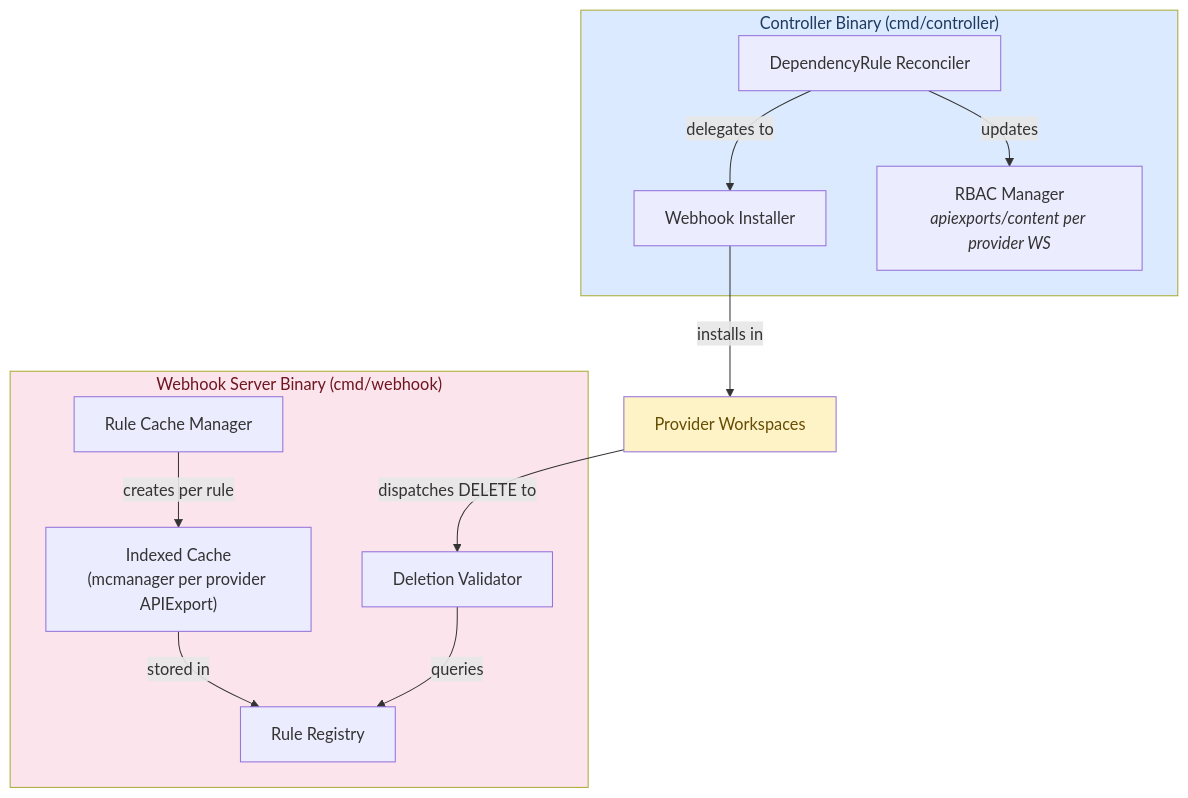
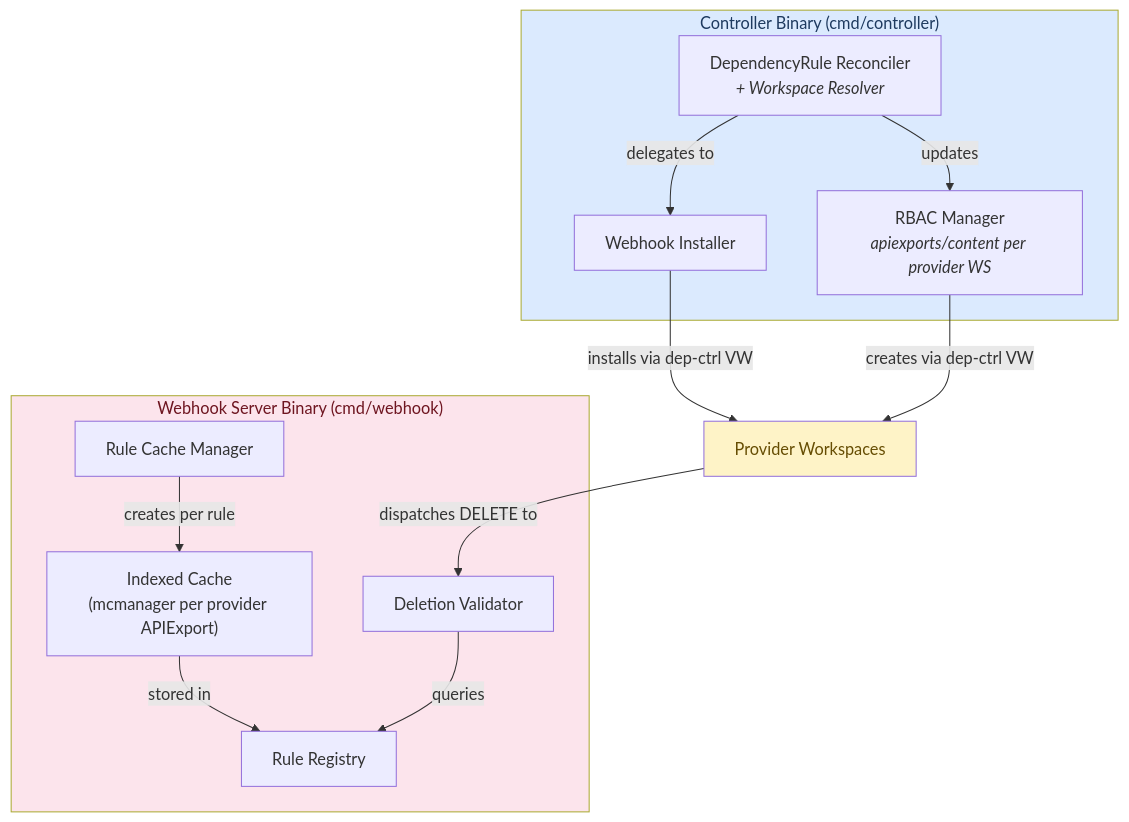
Before and after one commit to opendefensecloud/dependency-controller: the second of 2 diagrams in docs/architecture.md, drawn with Mermaid. The commit also changed other lines of this file and 15 other files, not shown here.

````diff
--- a/docs/architecture.md
+++ b/docs/architecture.md
@@ -79,23 +89,24 @@
 ```mermaid
 flowchart TD
     subgraph Controller["Controller Binary (cmd/controller)"]
-        DR["DependencyRule Reconciler"]
+        DR["DependencyRule Reconciler<br/><i>+ Workspace Resolver</i>"]
         DR -->|delegates to| WI["Webhook Installer"]
         DR -->|updates| RBAC["RBAC Manager<br/><i>apiexports/content per provider WS</i>"]
     end
 
     subgraph Webhook["Webhook Server Binary (cmd/webhook)"]
         RCM["Rule Cache Manager"]
         RCM -->|"creates per rule"| IC["Indexed Cache<br/>(mcmanager per provider APIExport)"]
         IC -->|"stored in"| RR["Rule Registry"]
         DV["Deletion Validator"]
         DV -->|"queries"| RR
     end
 
-    WI -->|"installs in"| PW["Provider Workspaces"]
+    WI -->|"installs via dep-ctrl VW"| PW["Provider Workspaces"]
+    RBAC -->|"creates via dep-ctrl VW"| PW
     PW -->|"dispatches DELETE to"| DV
 
     style Controller fill:#dbeafe,color:#1e3a5f
     style Webhook fill:#fce4ec,color:#6e1520
     style PW fill:#fef3c7,color:#664d03
 ```
````
